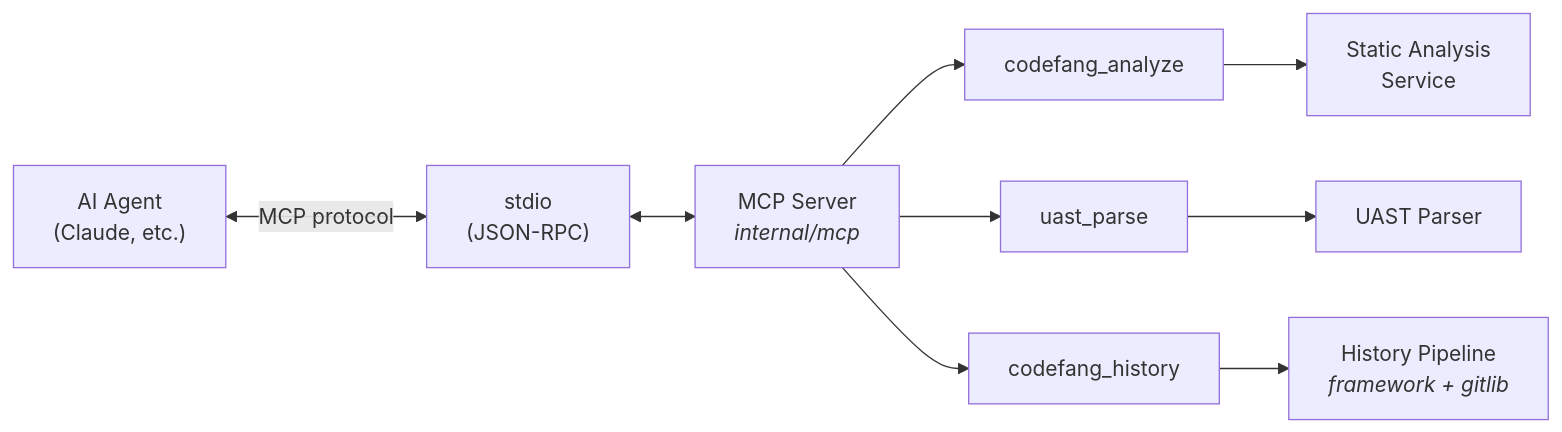
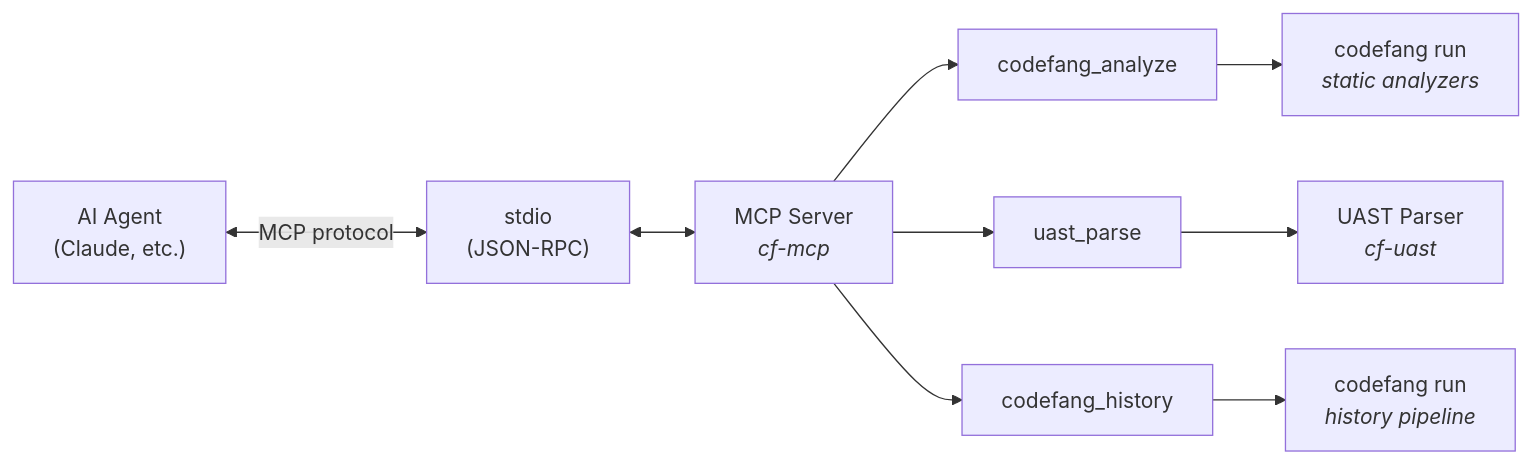
The diagram in site/integrations/mcp.md (Sumatoshi-tech/codefang), drawn with Mermaid before and after one commit. The commit also changed other lines of this file and 647 other files, not shown here.

First line of the commit message:
feat(history): bounded-memory history core, parallel burndown, UAST spill, codefang mcp (#29)

````diff
--- a/site/integrations/mcp.md
+++ b/site/integrations/mcp.md
@@ -330,19 +245,19 @@
 ```mermaid
 flowchart LR
     AGENT["AI Agent<br/>(Claude, etc.)"]
     STDIO["stdio<br/>(JSON-RPC)"]
-    MCP_SERVER["MCP Server<br/><em>internal/mcp</em>"]
+    MCP_SERVER["MCP Server<br/><em>cf-mcp</em>"]
     ANALYZE["codefang_analyze"]
     UAST_PARSE["uast_parse"]
     HISTORY["codefang_history"]
 
-    STATIC_SVC["Static Analysis<br/>Service"]
-    UAST_PARSER["UAST Parser"]
-    HIST_PIPELINE["History Pipeline<br/><em>framework + gitlib</em>"]
+    STATIC_SVC["codefang run<br/><em>static analyzers</em>"]
+    UAST_PARSER["UAST Parser<br/><em>cf-uast</em>"]
+    HIST_PIPELINE["codefang run<br/><em>history pipeline</em>"]
 
     AGENT <-->|MCP protocol| STDIO
     STDIO <--> MCP_SERVER
     MCP_SERVER --> ANALYZE --> STATIC_SVC
     MCP_SERVER --> UAST_PARSE --> UAST_PARSER
     MCP_SERVER --> HISTORY --> HIST_PIPELINE
 ```
````
